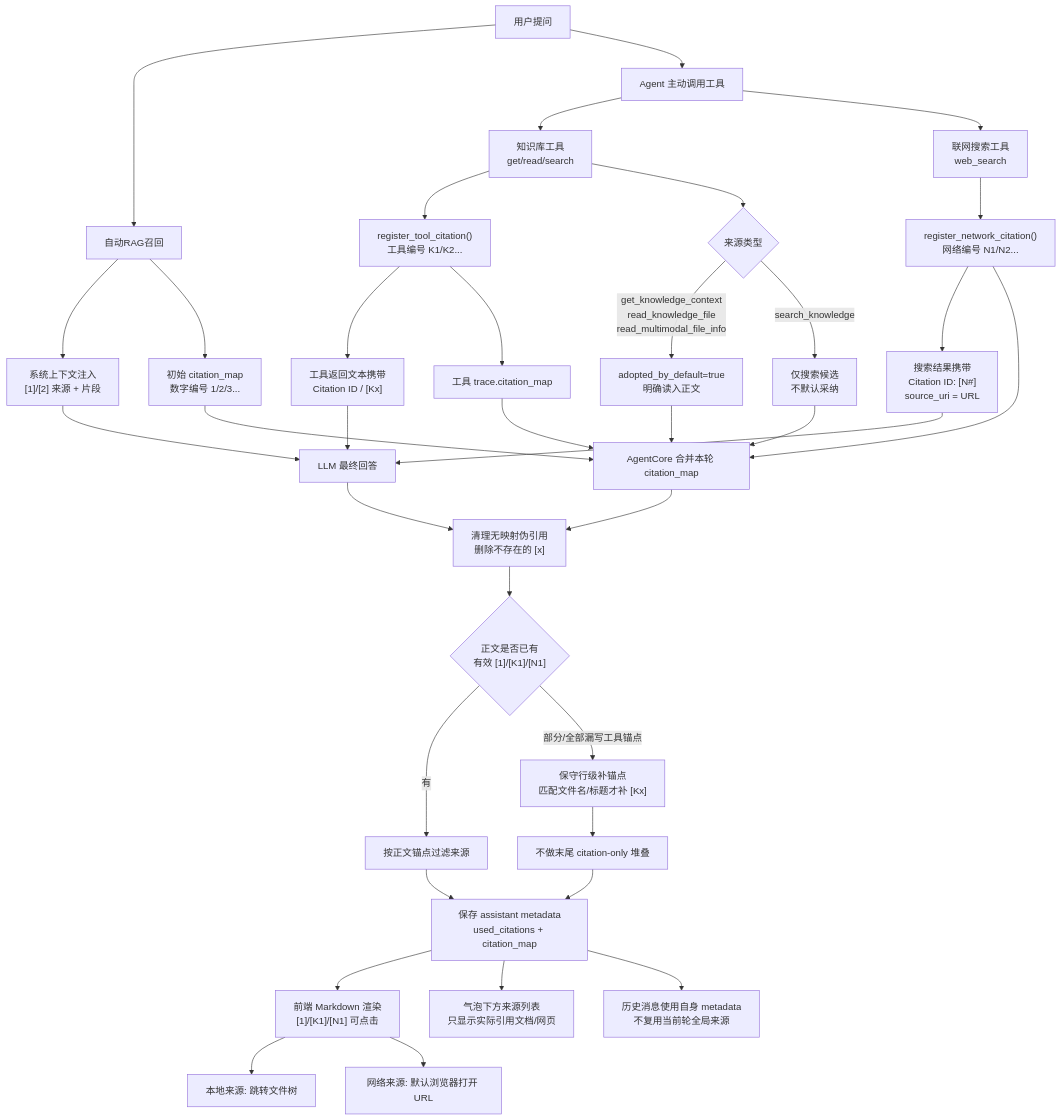
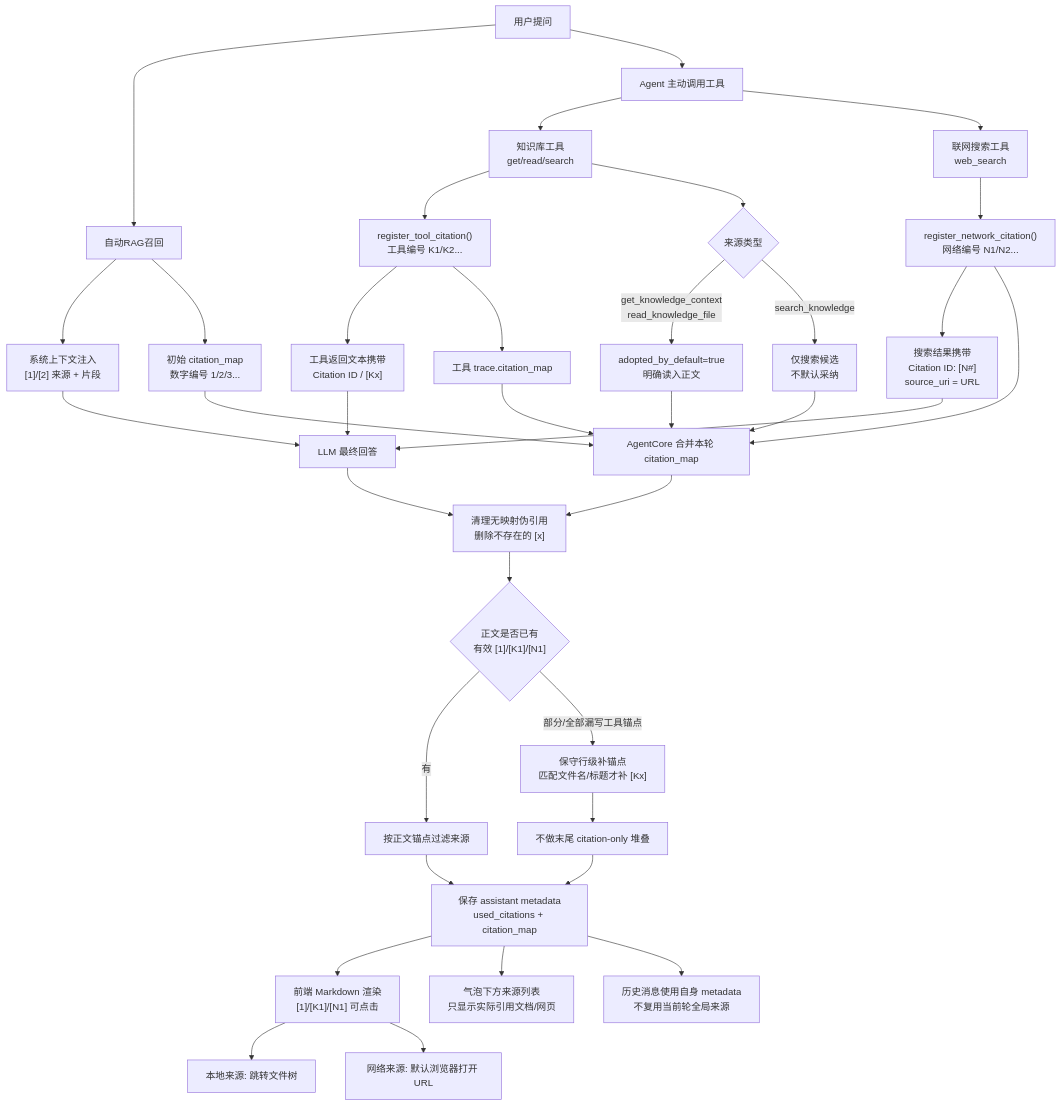
Diagram 22 of 23 in README.md (xiao-Huahuo/Agent-Core-Service), drawn with Mermaid before and after one commit. The commit also changed other lines of this file and 29 other files, not shown here.

````diff
--- a/README.md
+++ b/README.md
@@ -1162,42 +1286,42 @@
 ```mermaid
 flowchart TD
     A["用户提问"] --> B["自动RAG召回"]
     B --> C["系统上下文注入<br/>[1]/[2] 来源 + 片段"]
     B --> D["初始 citation_map<br/>数字编号 1/2/3..."]
 
     A --> E["Agent 主动调用工具"]
     E --> F["知识库工具<br/>get/read/search"]
     F --> G["register_tool_citation()<br/>工具编号 K1/K2..."]
     G --> H["工具返回文本携带<br/>Citation ID / [Kx]"]
     G --> I["工具 trace.citation_map"]
     F --> Q{"来源类型"}
-    Q -->|"get_knowledge_context<br/>read_knowledge_file<br/>read_multimodal_file_info"| R["adopted_by_default=true<br/>明确读入正文"]
+    Q -->|"get_knowledge_context<br/>read_knowledge_file"| R["adopted_by_default=true<br/>明确读入正文"]
     Q -->|"search_knowledge"| S["仅搜索候选<br/>不默认采纳"]
 
     E --> X["联网搜索工具<br/>web_search"]
     X --> Y["register_network_citation()<br/>网络编号 N1/N2..."]
     Y --> Z["搜索结果携带<br/>Citation ID: [N#]<br/>source_uri = URL"]
 
     D --> J["AgentCore 合并本轮 citation_map"]
     I --> J
     R --> J
     S --> J
     Y --> J
     C --> K["LLM 最终回答"]
     H --> K
     Z --> K
 
     K --> L["清理无映射伪引用<br/>删除不存在的 [x]"]
     J --> L
     L --> M{"正文是否已有<br/>有效 [1]/[K1]/[N1]"}
     M -->|"有"| N["按正文锚点过滤来源"]
     M -->|"部分/全部漏写工具锚点"| O["保守行级补锚点<br/>匹配文件名/标题才补 [Kx]"]
     O --> P["不做末尾 citation-only 堆叠"]
     N --> T["保存 assistant metadata<br/>used_citations + citation_map"]
     P --> T
     T --> U["前端 Markdown 渲染<br/>[1]/[K1]/[N1] 可点击"]
     U --> U1["本地来源: 跳转文件树"]
     U --> U2["网络来源: 默认浏览器打开 URL"]
     T --> V["气泡下方来源列表<br/>只显示实际引用文档/网页"]
     T --> W["历史消息使用自身 metadata<br/>不复用当前轮全局来源"]
 ```
````
